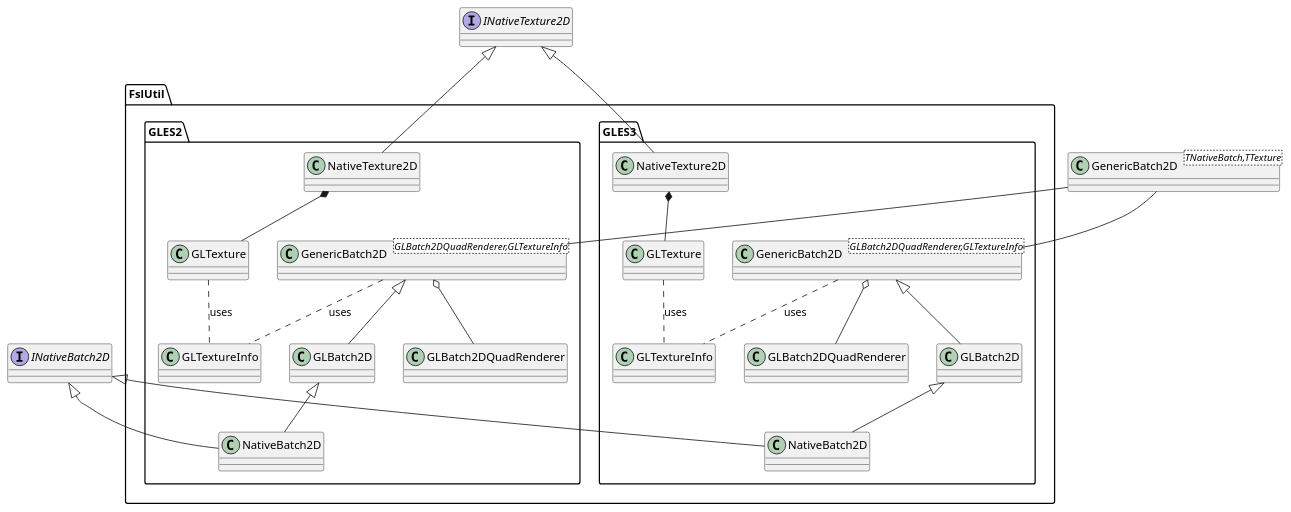
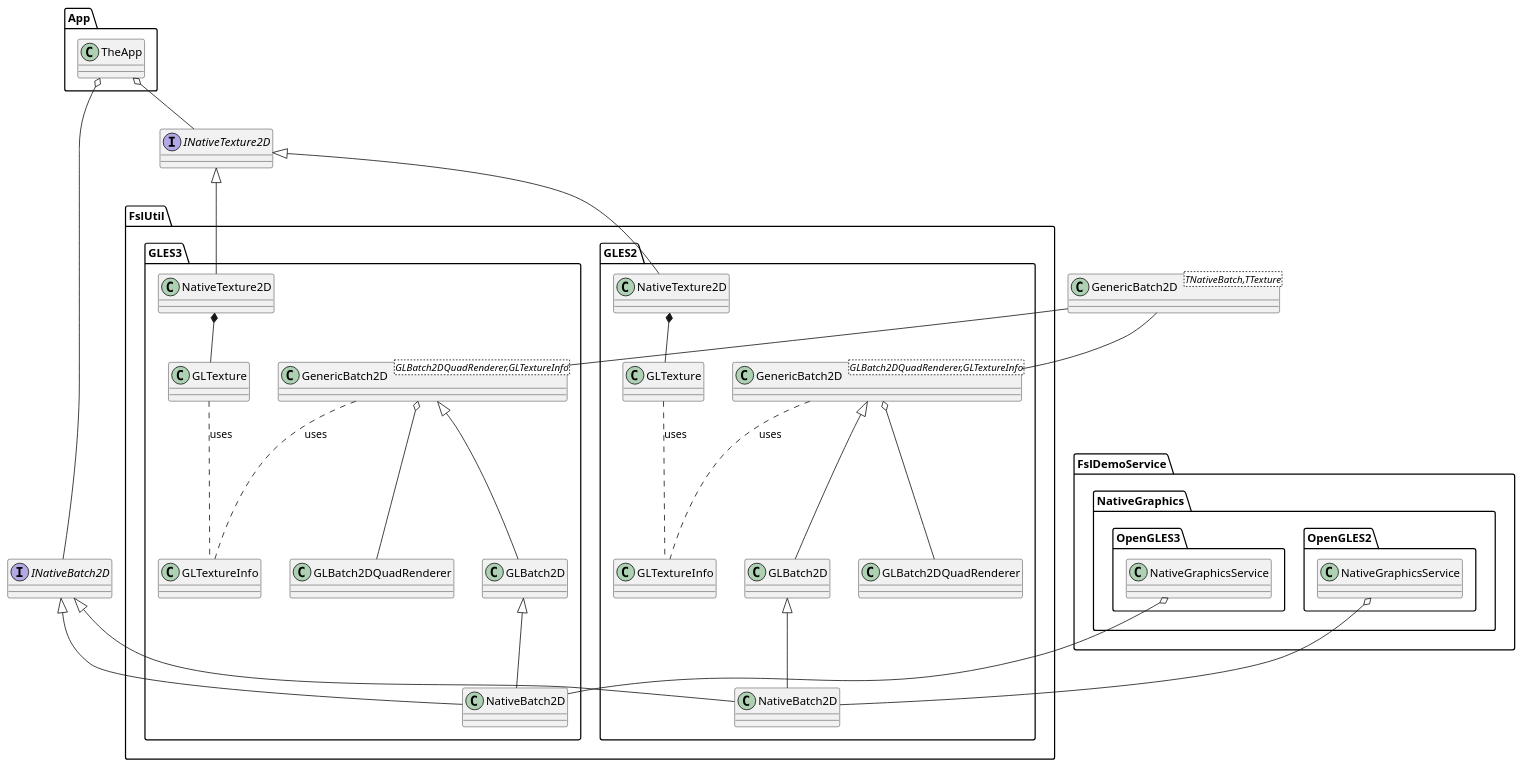
Before and after one commit to nxp-imx/gtec-demo-framework: the diagram in Doc/ClassDiagrams/NativeBatch.pu, drawn with PlantUML. The commit also changed 2498 other files, not shown here.

```diff
--- a/Doc/ClassDiagrams/NativeBatch.pu
+++ b/Doc/ClassDiagrams/NativeBatch.pu
@@ -1,54 +1,72 @@
 @startuml NativeBatch Class Diagram
 scale 1
 
 ' FslGraphics
 interface INativeBatch2D
 interface INativeTexture2D
 'typename TNativeBatch, typename TTexture, typename TVFormatter = GenericBatch2DFormat::Flipped
 class GenericBatch2D<TNativeBatch,TTexture>
 
 namespace FslUtil.GLES2 {
     class GLBatch2D
     class GLBatch2DQuadRenderer
     class GLTexture
     class GLTextureInfo
     class NativeBatch2D
     class NativeTexture2D
     class "GenericBatch2D<GLBatch2DQuadRenderer,GLTextureInfo>" as GenericBatch2D_GLBatch2DQuadRenderer_GLTextureInfo
 
     .GenericBatch2D -- GenericBatch2D_GLBatch2DQuadRenderer_GLTextureInfo
 
     GenericBatch2D_GLBatch2DQuadRenderer_GLTextureInfo <|-- GLBatch2D 
     GenericBatch2D_GLBatch2DQuadRenderer_GLTextureInfo o-- GLBatch2DQuadRenderer
     GenericBatch2D_GLBatch2DQuadRenderer_GLTextureInfo .. GLTextureInfo : uses
     GLBatch2D <|-- NativeBatch2D
     GLTexture .. GLTextureInfo : uses
     NativeTexture2D *-- GLTexture
 
     .INativeBatch2D <|-- NativeBatch2D
     .INativeTexture2D <|-- NativeTexture2D
 }
 
 namespace FslUtil.GLES3 {
     class GLBatch2D
     class GLBatch2DQuadRenderer
     class GLTexture
     class GLTextureInfo
     class NativeBatch2D
     class NativeTexture2D
     class "GenericBatch2D<GLBatch2DQuadRenderer,GLTextureInfo>" as GenericBatch2D_GLBatch2DQuadRenderer_GLTextureInfo
 
     .GenericBatch2D -- GenericBatch2D_GLBatch2DQuadRenderer_GLTextureInfo
     GenericBatch2D_GLBatch2DQuadRenderer_GLTextureInfo <|-- GLBatch2D 
     GenericBatch2D_GLBatch2DQuadRenderer_GLTextureInfo o-- GLBatch2DQuadRenderer
     GenericBatch2D_GLBatch2DQuadRenderer_GLTextureInfo .. GLTextureInfo : uses
     GLBatch2D <|-- NativeBatch2D
     GLTexture .. GLTextureInfo : uses
     NativeTexture2D *-- GLTexture
 
     .INativeBatch2D <|-- NativeBatch2D
     .INativeTexture2D <|-- NativeTexture2D
 }
 
+namespace FslDemoService.NativeGraphics.OpenGLES2 {
+    class NativeGraphicsService
+    
+    NativeGraphicsService o-- FslUtil.GLES2.NativeBatch2D
+}
+
+namespace FslDemoService.NativeGraphics.OpenGLES3 {
+    class NativeGraphicsService
+    
+    NativeGraphicsService o-- FslUtil.GLES3.NativeBatch2D
+}
+
+namespace App {
+  class TheApp  
+  TheApp  o-- .INativeBatch2D
+  TheApp  o-- .INativeTexture2D
+}
+
 
 @enduml
```
